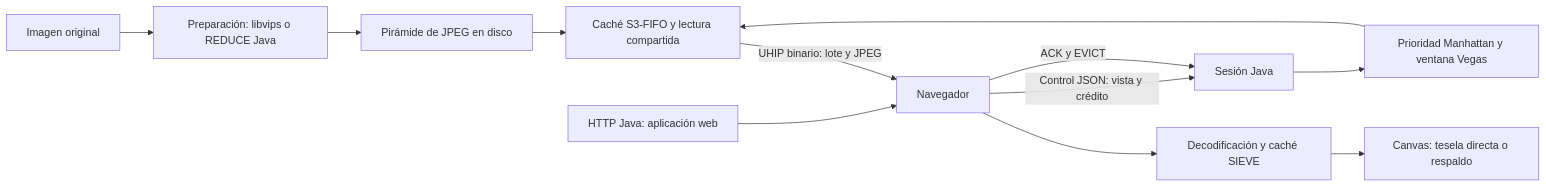
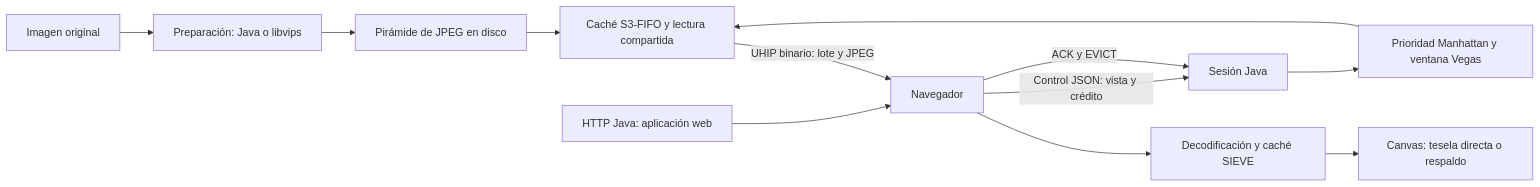
Before and after one commit to emmanuel-galileo/holamundo: the first of 2 diagrams in PROTOCOLOS_Y_ALGORITMOS_UHIP.md, drawn with Mermaid. The commit also changed other lines of this file and 143 other files, not shown here.

````diff
--- a/PROTOCOLOS_Y_ALGORITMOS_UHIP.md
+++ b/PROTOCOLOS_Y_ALGORITMOS_UHIP.md
@@ -18,14 +20,14 @@
 ```mermaid
 flowchart LR
-    I[Imagen original] --> P[Preparación: libvips o REDUCE Java]
+    I[Imagen original] --> P[Preparación: Java o libvips]
     P --> D[Pirámide de JPEG en disco]
     H[HTTP Java: aplicación web] --> N[Navegador]
     N -->|Control JSON: vista y crédito| S[Sesión Java]
     S --> Q[Prioridad Manhattan y ventana Vegas]
     Q --> C[Caché S3-FIFO y lectura compartida]
     D --> C
     C -->|UHIP binario: lote y JPEG| N
     N --> B[Decodificación y caché SIEVE]
     B --> R[Canvas: tesela directa o respaldo]
     N -->|ACK y EVICT| S
 ```
````
